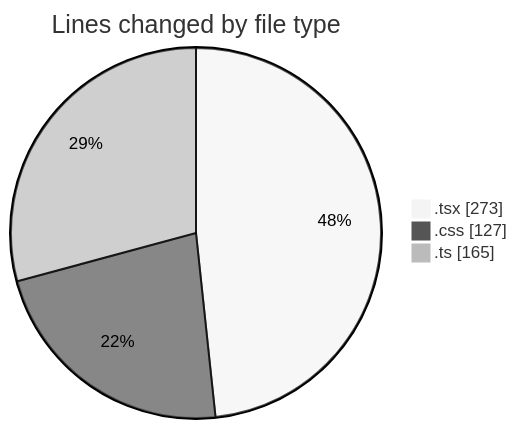
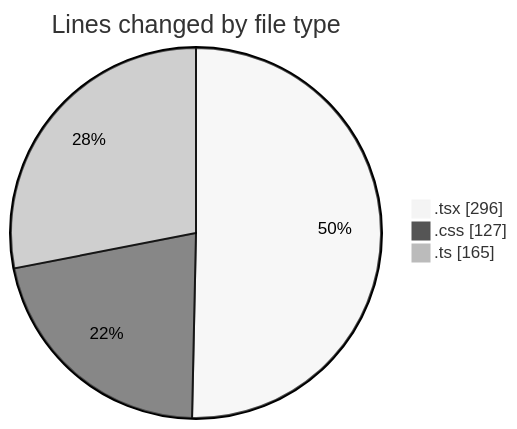
The first of 2 diagrams in 2025-01-09/mbc-web/README.md (robertbonfada/code-tracking), drawn with Mermaid (neutral theme) before and after one commit. The commit also changed other lines of this file and 1 other file, not shown here.

````diff
--- a/2025-01-09/mbc-web/README.md
+++ b/2025-01-09/mbc-web/README.md
@@ -30,7 +30,7 @@
 ```mermaid
 pie showData
 title Lines changed by file type
-".tsx" : 273
+".tsx" : 296
 ".css" : 127
 ".ts" : 165
 ```
````
